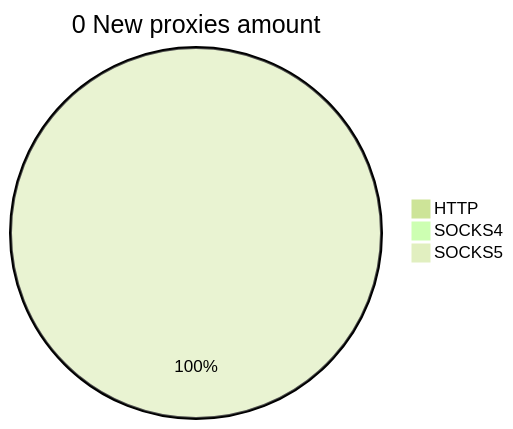
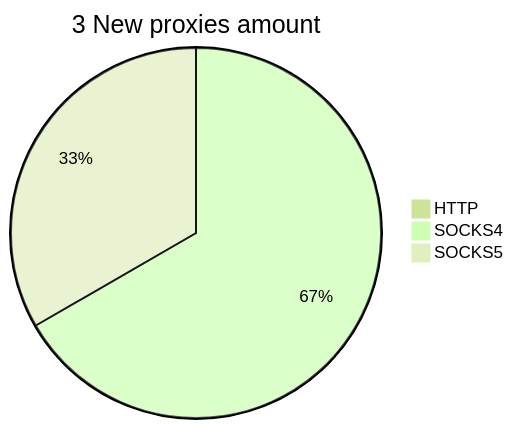
The second of 2 diagrams in README.md (cutipu/proxylist), drawn with Mermaid (forest theme) before and after one commit. The commit also changed other lines of this file, not shown here.

````diff
--- a/README.md
+++ b/README.md
@@ -10,6 +10,6 @@
 ```mermaid
-pie title 0 New proxies amount
+pie title 3 New proxies amount
     "HTTP" : 0
-    "SOCKS4" : 0
-    "SOCKS5" : 2
+    "SOCKS4" : 2
+    "SOCKS5" : 1
 ```
````
